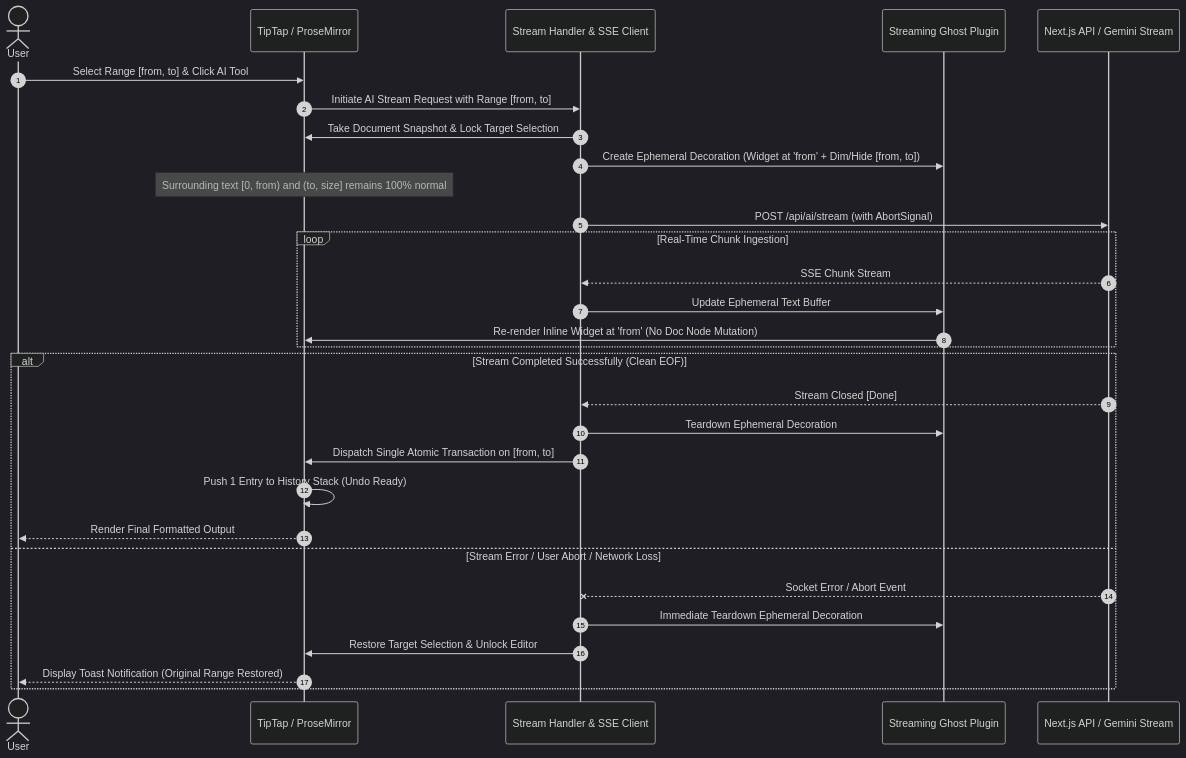
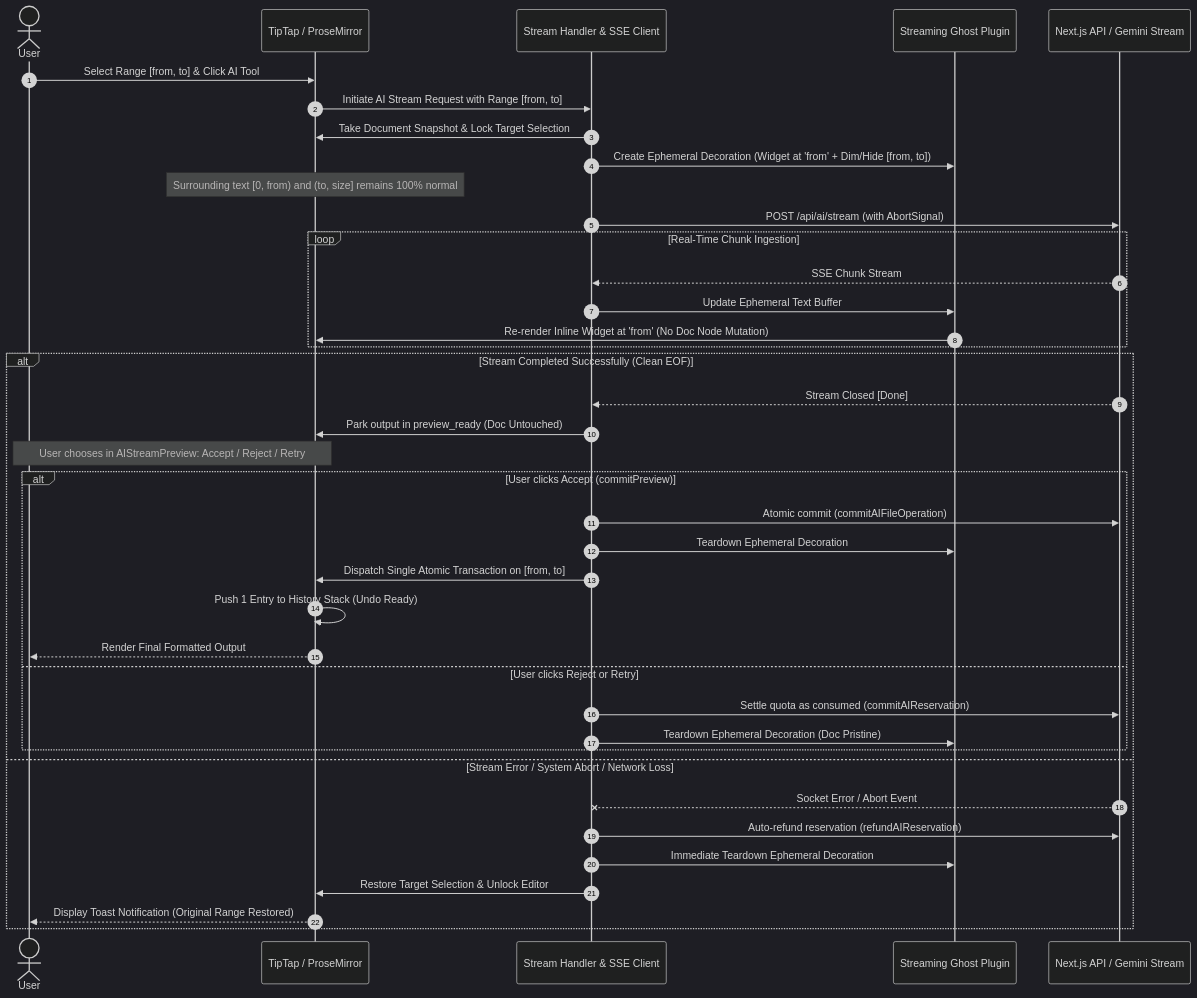
One commit to Abdullah931-stack/LUGX changed the diagram in docs/specs/UI_STREAMING_ARCHITECTURE_REQUIREMENTS.md. Above: the diagram before and after it, drawn with Mermaid (dark theme). The commit also changed 17 other files, not shown here.

````diff
--- a/docs/specs/UI_STREAMING_ARCHITECTURE_REQUIREMENTS.md
+++ b/docs/specs/UI_STREAMING_ARCHITECTURE_REQUIREMENTS.md
@@ -28,35 +28,44 @@
 ```mermaid
 sequenceDiagram
     autonumber
     actor User
     participant Editor as TipTap / ProseMirror
     participant StreamHandler as Stream Handler & SSE Client
     participant GhostExt as Streaming Ghost Plugin
     participant Backend as Next.js API / Gemini Stream
 
     User->>Editor: Select Range [from, to] & Click AI Tool
     Editor->>StreamHandler: Initiate AI Stream Request with Range [from, to]
     StreamHandler->>Editor: Take Document Snapshot & Lock Target Selection
     StreamHandler->>GhostExt: Create Ephemeral Decoration (Widget at 'from' + Dim/Hide [from, to])
     Note over Editor: Surrounding text [0, from) and (to, size] remains 100% normal
     StreamHandler->>Backend: POST /api/ai/stream (with AbortSignal)
     
     loop Real-Time Chunk Ingestion
         Backend-->>StreamHandler: SSE Chunk Stream
         StreamHandler->>GhostExt: Update Ephemeral Text Buffer
         GhostExt->>Editor: Re-render Inline Widget at 'from' (No Doc Node Mutation)
     end
 
     alt Stream Completed Successfully (Clean EOF)
         Backend-->>StreamHandler: Stream Closed [Done]
-        StreamHandler->>GhostExt: Teardown Ephemeral Decoration
-        StreamHandler->>Editor: Dispatch Single Atomic Transaction on [from, to]
-        Editor->>Editor: Push 1 Entry to History Stack (Undo Ready)
-        Editor-->>User: Render Final Formatted Output
-    else Stream Error / User Abort / Network Loss
+        StreamHandler->>Editor: Park output in preview_ready (Doc Untouched)
+        Note over User,Editor: User chooses in AIStreamPreview: Accept / Reject / Retry
+        alt User clicks Accept (commitPreview)
+            StreamHandler->>Backend: Atomic commit (commitAIFileOperation)
+            StreamHandler->>GhostExt: Teardown Ephemeral Decoration
+            StreamHandler->>Editor: Dispatch Single Atomic Transaction on [from, to]
+            Editor->>Editor: Push 1 Entry to History Stack (Undo Ready)
+            Editor-->>User: Render Final Formatted Output
+        else User clicks Reject or Retry
+            StreamHandler->>Backend: Settle quota as consumed (commitAIReservation)
+            StreamHandler->>GhostExt: Teardown Ephemeral Decoration (Doc Pristine)
+        end
+    else Stream Error / System Abort / Network Loss
         Backend--xStreamHandler: Socket Error / Abort Event
+        StreamHandler->>Backend: Auto-refund reservation (refundAIReservation)
         StreamHandler->>GhostExt: Immediate Teardown Ephemeral Decoration
         StreamHandler->>Editor: Restore Target Selection & Unlock Editor
         Editor-->>User: Display Toast Notification (Original Range Restored)
     end
 ```
````
